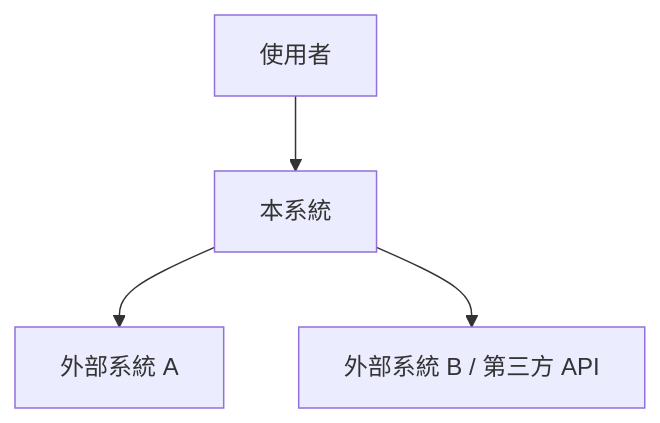
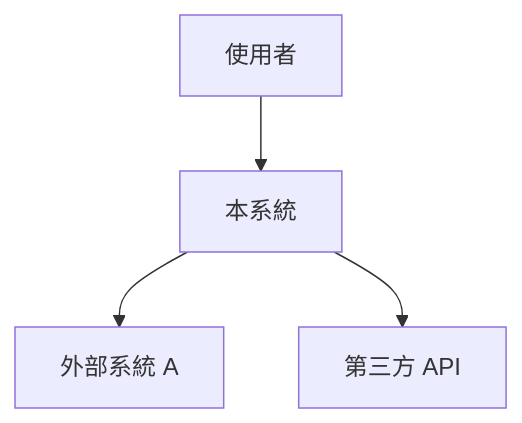
Before and after one commit to bheadwei/claude-GUNDAM-zh-tw: the diagram in .claude/skills/project-docs/templates/05_architecture_and_design_document.md, drawn with Mermaid. The commit also changed other lines of this file and 3 other files, not shown here.

````diff
--- a/.claude/skills/project-docs/templates/05_architecture_and_design_document.md
+++ b/.claude/skills/project-docs/templates/05_architecture_and_design_document.md
@@ -50,6 +10,6 @@
 ```mermaid
 graph TD
     User[使用者] --> System[本系統]
     System --> ExtA[外部系統 A]
-    System --> ExtB[外部系統 B / 第三方 API]
+    System --> ExtB[第三方 API]
 ```
````
